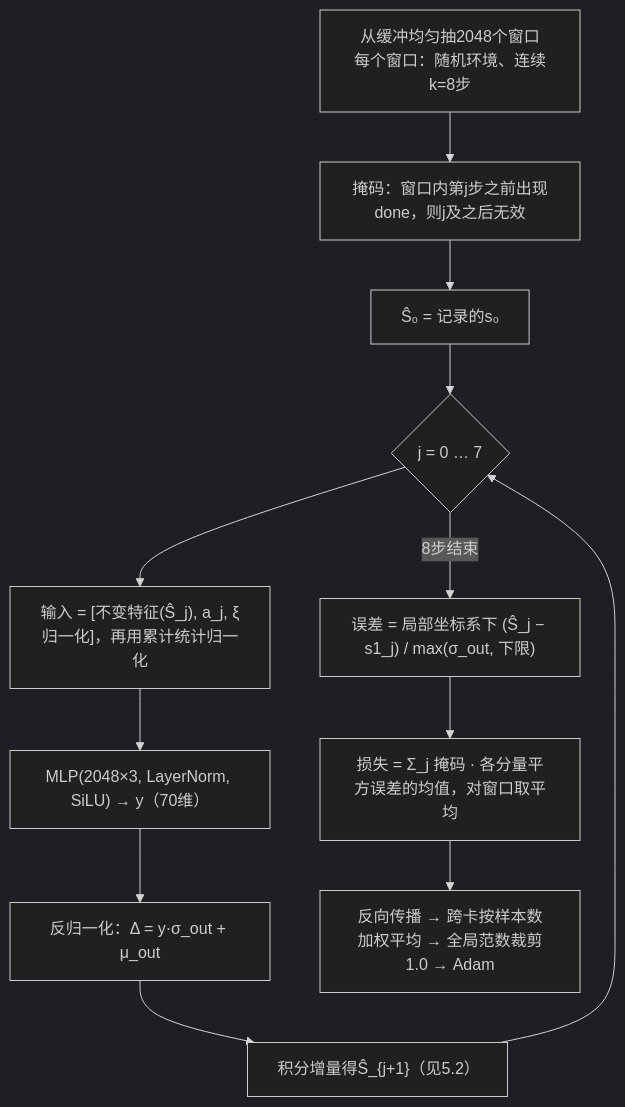
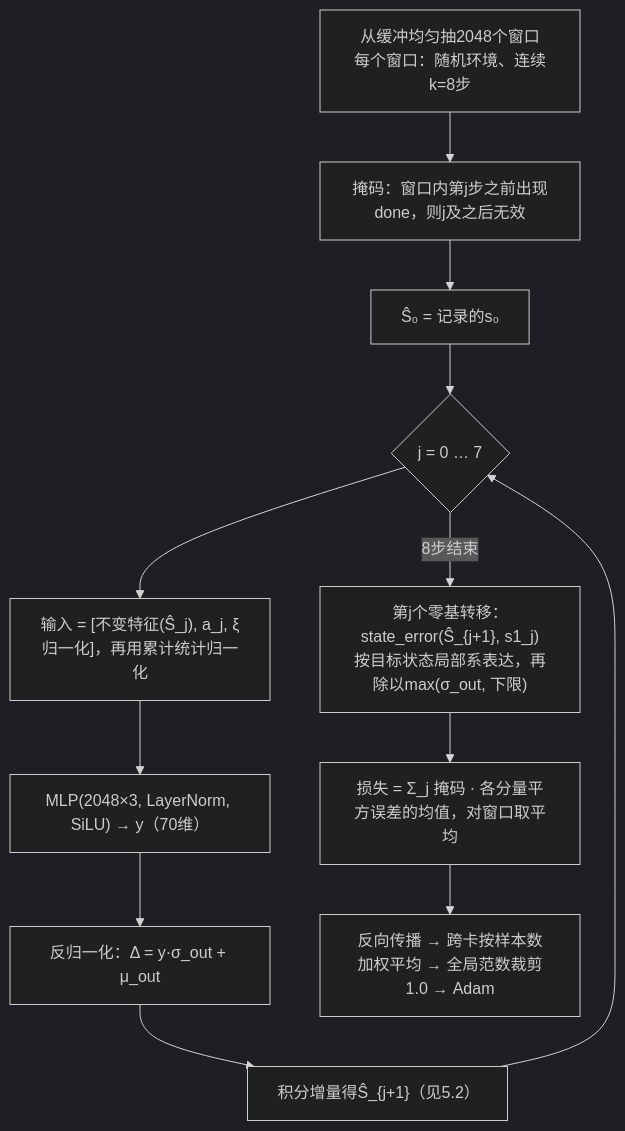
One commit to RaraAlu/Supermimic changed the sixth of 11 diagrams in docs/analysis/training_pipeline.md. Above: the diagram before and after it, drawn with Mermaid (dark theme). The commit also changed other lines of this file and 6 other files, not shown here.

````diff
--- a/docs/analysis/training_pipeline.md
+++ b/docs/analysis/training_pipeline.md
@@ -454,14 +469,14 @@
 ```mermaid
 flowchart TD
     SAMP["从缓冲均匀抽2048个窗口<br/>每个窗口：随机环境、连续k=8步"] --> MASK["掩码：窗口内第j步之前出现done，则j及之后无效"]
     MASK --> S0["Ŝ₀ = 记录的s₀"]
     S0 --> LOOP{"j = 0 … 7"}
     LOOP --> IN["输入 = [不变特征(Ŝ_j), a_j, ξ归一化]，再用累计统计归一化"]
     IN --> NET["MLP(2048×3, LayerNorm, SiLU) → y（70维）"]
     NET --> DEN["反归一化：Δ = y·σ_out + μ_out"]
     DEN --> INT["积分增量得Ŝ_{j+1}（见5.2）"]
     INT --> LOOP
-    LOOP -->|"8步结束"| ERR["误差 = 局部坐标系下 (Ŝ_j − s1_j) / max(σ_out, 下限)"]
+    LOOP -->|"8步结束"| ERR["第j个零基转移：state_error(Ŝ_{j+1}, s1_j)<br/>按目标状态局部系表达，再除以max(σ_out, 下限)"]
     ERR --> LOSS["损失 = Σ_j 掩码 · 各分量平方误差的均值，对窗口取平均"]
     LOSS --> OPT["反向传播 → 跨卡按样本数加权平均 → 全局范数裁剪1.0 → Adam"]
 ```
````
